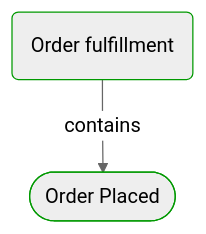
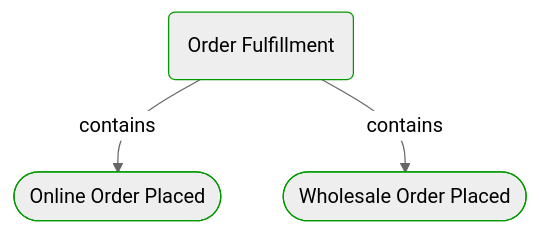
The first of 4 diagrams in Docs/P3/MermaidOutput/Domain/Processes/OrderFulfillment.md (itlibrium/DDD-starter-dotnet), drawn with Mermaid (neutral theme) before and after one commit. The commit also changed other lines of this file and 237 other files, not shown here.

````diff
--- a/Docs/P3/MermaidOutput/Domain/Processes/OrderFulfillment.md
+++ b/Docs/P3/MermaidOutput/Domain/Processes/OrderFulfillment.md
@@ -21,11 +21,14 @@
 ```mermaid
   flowchart TB
-    0(Order fulfillment)
+    0(Order Fulfillment)
     class 0 DomainPerspective
-    1([Order Placed])
+    1([Online Order Placed])
     class 1 DomainPerspective
     0-->|contains|1
+    2([Wholesale Order Placed])
+    class 2 DomainPerspective
+    0-->|contains|2
     classDef DomainPerspective stroke:#009900
     classDef TechnologyPerspective stroke:#1F41EB
     classDef PeoplePerspective stroke:#FFF014
 ```
````
